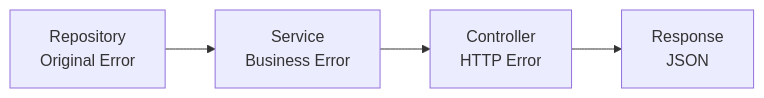
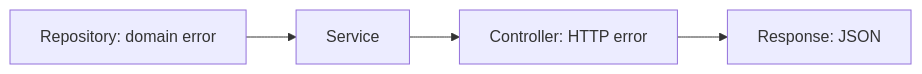
Before and after one commit to NARUBROWN/spine-site: the diagram in docs/en/learn/tutorial/7-error-handling.md, drawn with Mermaid. The commit also changed other lines of this file and 118 other files, not shown here.

````diff
--- a/docs/en/learn/tutorial/7-error-handling.md
+++ b/docs/en/learn/tutorial/7-error-handling.md
@@ -144,6 +108,6 @@
 ```mermaid
 flowchart LR
-    A[Repository<br/>Original Error] --> B[Service<br/>Business Error]
-    B --> C[Controller<br/>HTTP Error]
-    C --> D[Response<br/>JSON]
+    Repository["Repository: domain error"] --> Service["Service"]
+    Service --> Controller["Controller: HTTP error"]
+    Controller --> Response["Response: JSON"]
 ```
````
